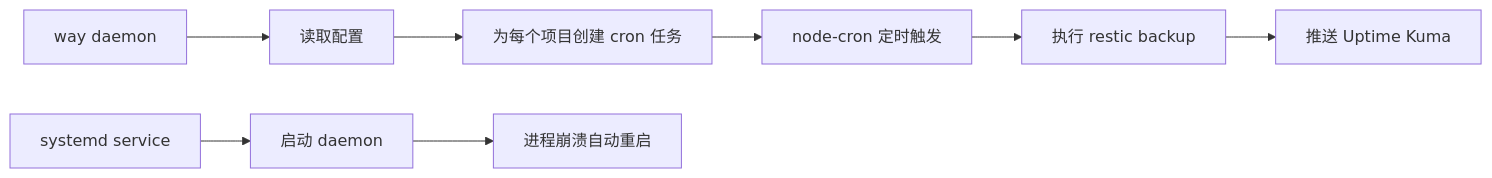
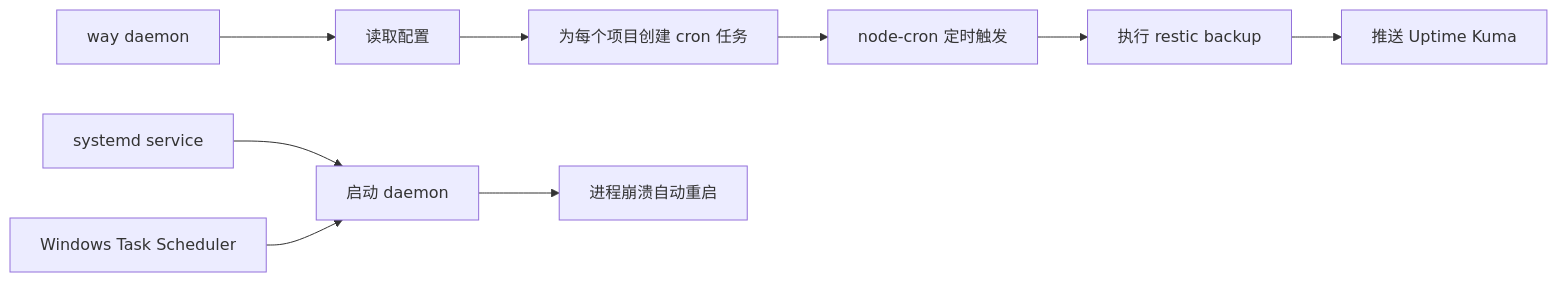
One commit to shellus/way changed the diagram in README.md. Above: the diagram before and after it, drawn with Mermaid. The commit also changed other lines of this file and 10 other files, not shown here.

````diff
--- a/README.md
+++ b/README.md
@@ -186,11 +201,12 @@
 ```mermaid
 graph LR
     A[way daemon] --> B[读取配置]
     B --> C[为每个项目创建 cron 任务]
     C --> D[node-cron 定时触发]
     D --> E[执行 restic backup]
     E --> F[推送 Uptime Kuma]
 
     G[systemd service] --> H[启动 daemon]
     H --> I[进程崩溃自动重启]
+    J[Windows Task Scheduler] --> H
 ```
````
